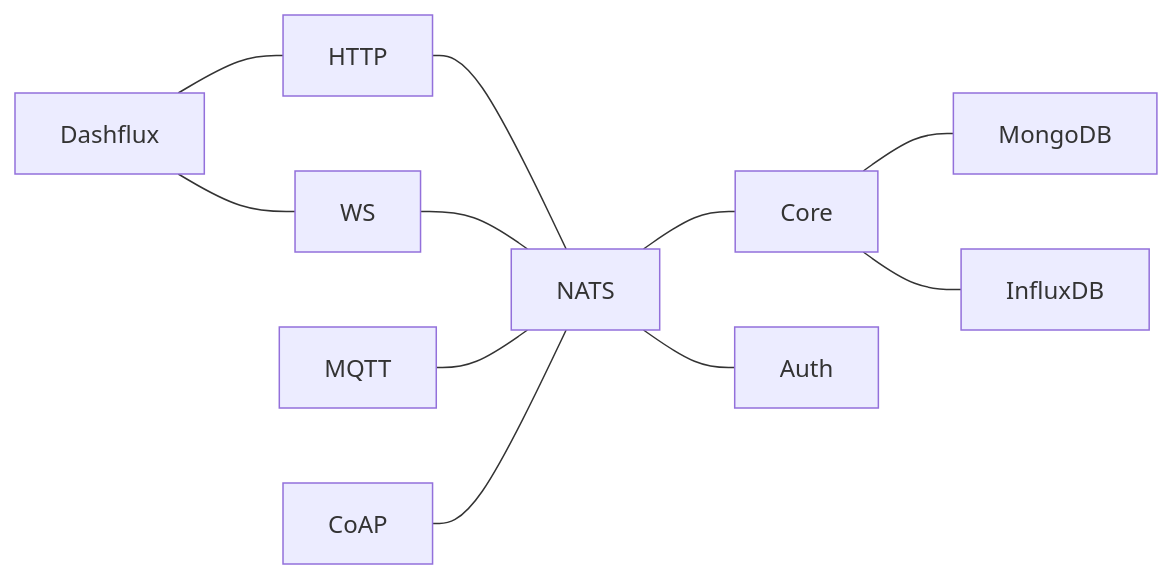
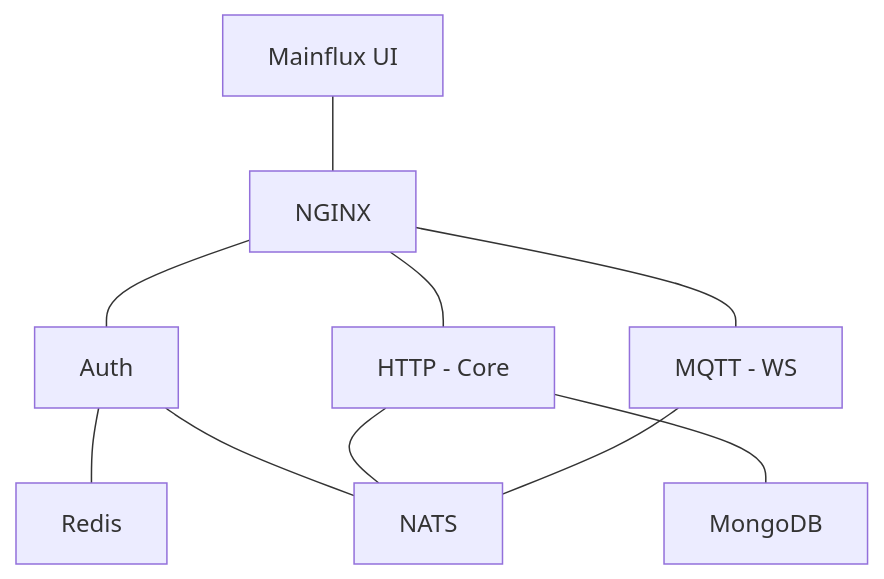
Before and after one commit to manuIO/mainflux-doc: the diagram in tools/mermaid/arch.mmd, drawn with Mermaid. The commit also changed 3 other files, not shown here.

Commit message:
Created new arch diagram

```diff
--- a/tools/mermaid/arch.mmd
+++ b/tools/mermaid/arch.mmd
@@ -1,11 +1,13 @@
-graph LR
-    A["HTTP"] --- B["NATS"];
-    B --- C["Core"];
-    B --- D["Auth"];
-    C --- E["MongoDB"]
-    C --- F["InfluxDB"]
-    G["WS"] --- B
-    H["MQTT"] --- B
-    I["CoAP"] --- B
-    J["Dashflux"] --- A
-    J --- G
+graph TB
+    A["NGINX"] --- B["Auth"];
+	B --- R["Redis"]
+	A --- C["HTTP - Core"];
+    A --- D["MQTT - WS"];
+
+	B --- E["NATS"]
+	C --- E
+	D --- E
+
+    C --- F["MongoDB"]
+
+    G["Mainflux UI"] --- A
```
